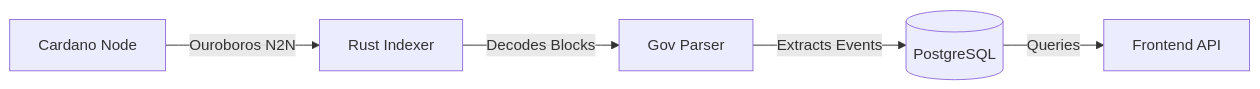
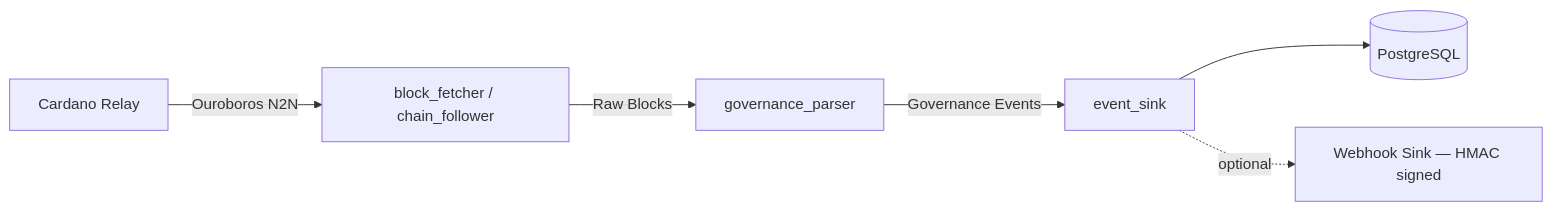
The diagram in README.md (lidonation/governance-indexer), drawn with Mermaid before and after one commit. The commit also changed other lines of this file, not shown here.

Commit message:
docs: update README with current architecture, pipeline stages, sinks, and usage guide

````diff
--- a/README.md
+++ b/README.md
@@ -10,7 +9,8 @@
 ```mermaid
 graph LR
-    Node[Cardano Node] -->|Ouroboros N2N| Indexer[Rust Indexer]
-    Indexer -->|Decodes Blocks| Parser[Gov Parser]
-    Parser -->|Extracts Events| DB[(PostgreSQL)]
-    DB -->|Queries| API[Frontend API]
+    Node[Cardano Relay] -->|Ouroboros N2N| Fetcher[block_fetcher / chain_follower]
+    Fetcher -->|Raw Blocks| Parser[governance_parser]
+    Parser -->|Governance Events| Sink[event_sink]
+    Sink --> PG[(PostgreSQL)]
+    Sink -.->|optional| Webhook[Webhook Sink — HMAC signed]
 ```
````
